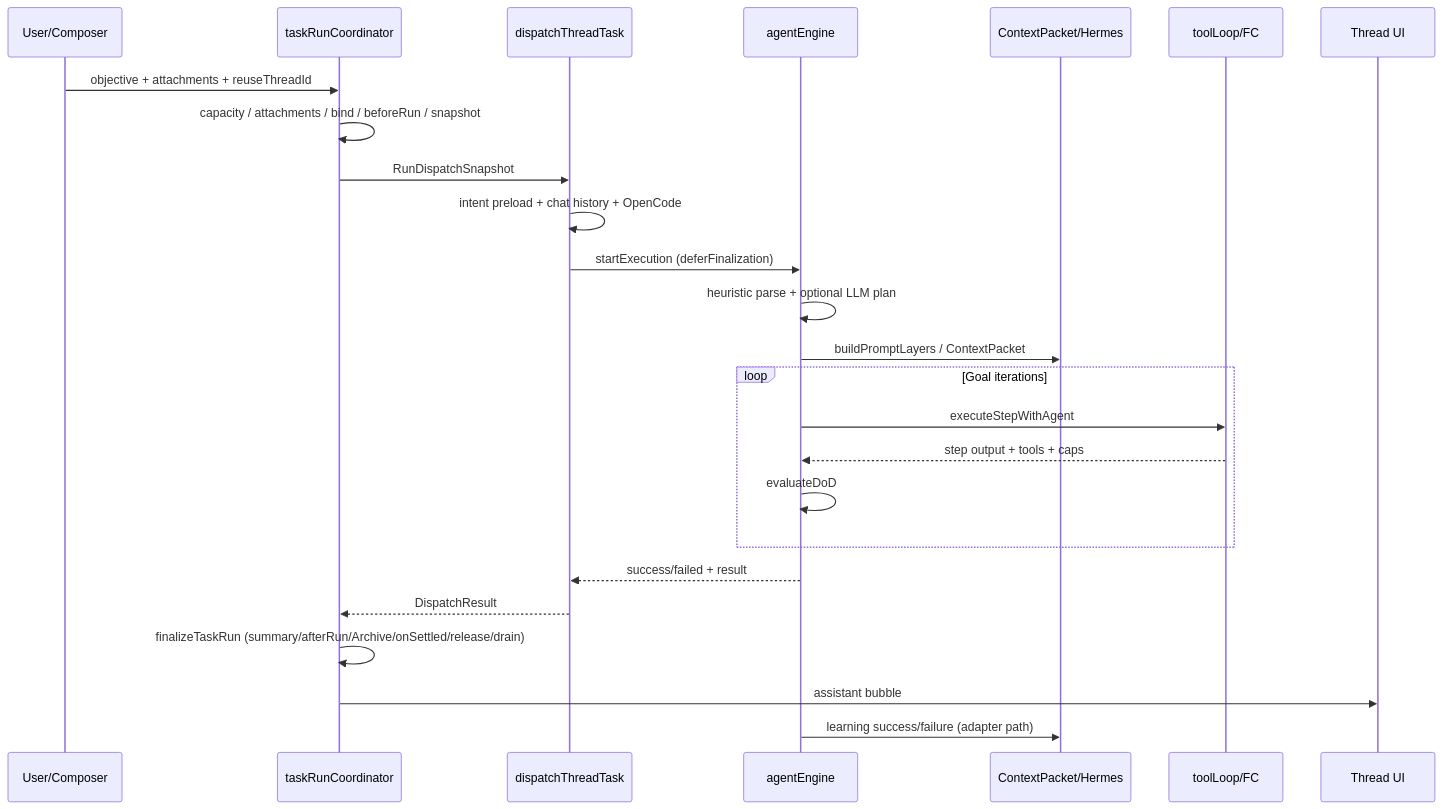
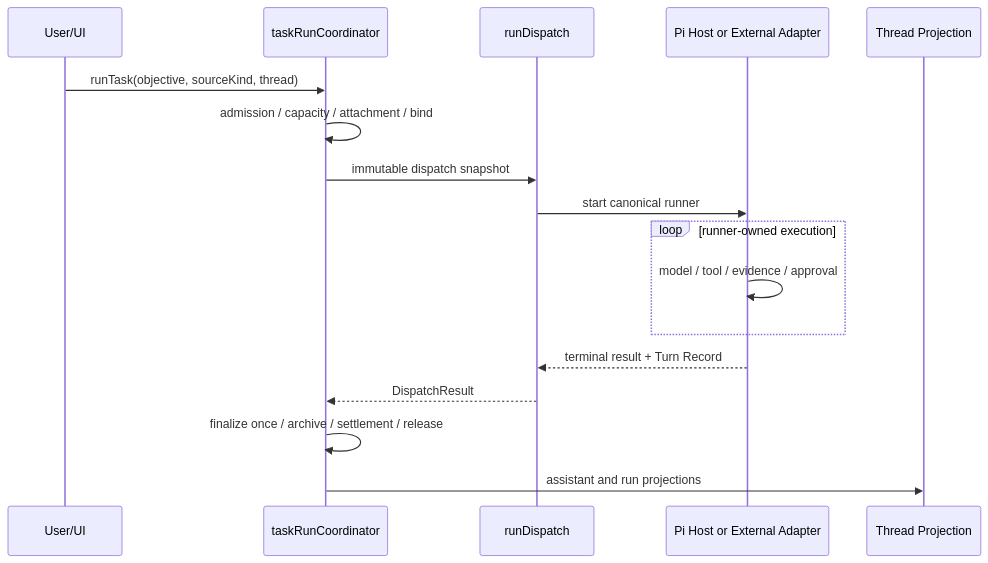
Before and after one commit to tommy771004/AgentTeam: the diagram in docs/CONVERSATION_LOOP_HERMES_FLOW.md, drawn with Mermaid. The commit also changed other lines of this file and 66 other files, not shown here.

````diff
--- a/docs/CONVERSATION_LOOP_HERMES_FLOW.md
+++ b/docs/CONVERSATION_LOOP_HERMES_FLOW.md
@@ -198,28 +97,20 @@
 ```mermaid
 sequenceDiagram
-  participant U as User/Composer
-  participant RT as taskRunCoordinator
-  participant D as dispatchThreadTask
-  participant E as agentEngine
-  participant H as ContextPacket/Hermes
-  participant FC as toolLoop/FC
-  participant T as Thread UI
+  participant U as User/UI
+  participant C as taskRunCoordinator
+  participant D as runDispatch
+  participant H as Pi Host or External Adapter
+  participant T as Thread Projection
 
-  U->>RT: objective + attachments + reuseThreadId
-  RT->>RT: capacity / attachments / bind / beforeRun / snapshot
-  RT->>D: RunDispatchSnapshot
-  D->>D: intent preload + chat history + OpenCode
-  D->>E: startExecution (deferFinalization)
-  E->>E: heuristic parse + optional LLM plan
-  E->>H: buildPromptLayers / ContextPacket
-  loop Goal iterations
-    E->>FC: executeStepWithAgent
-    FC-->>E: step output + tools + caps
-    E->>E: evaluateDoD
+  U->>C: runTask(objective, sourceKind, thread)
+  C->>C: admission / capacity / attachment / bind
+  C->>D: immutable dispatch snapshot
+  D->>H: start canonical runner
+  loop runner-owned execution
+    H->>H: model / tool / evidence / approval
   end
-  E-->>D: success/failed + result
-  D-->>RT: DispatchResult
-  RT->>RT: finalizeTaskRun (summary/afterRun/Archive/onSettled/release/drain)
-  RT->>T: assistant bubble
-  E->>H: learning success/failure (adapter path)
+  H-->>D: terminal result + Turn Record
+  D-->>C: DispatchResult
+  C->>C: finalize once / archive / settlement / release
+  C->>T: assistant and run projections
 ```
````
